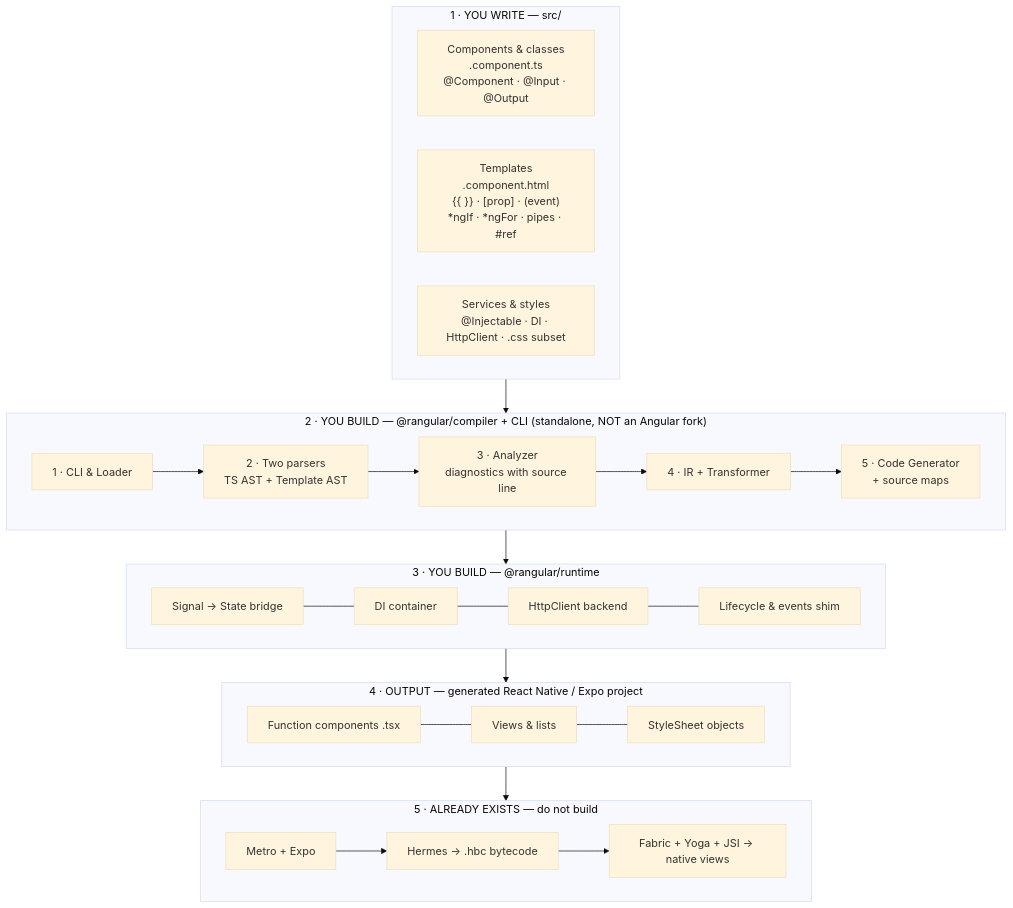
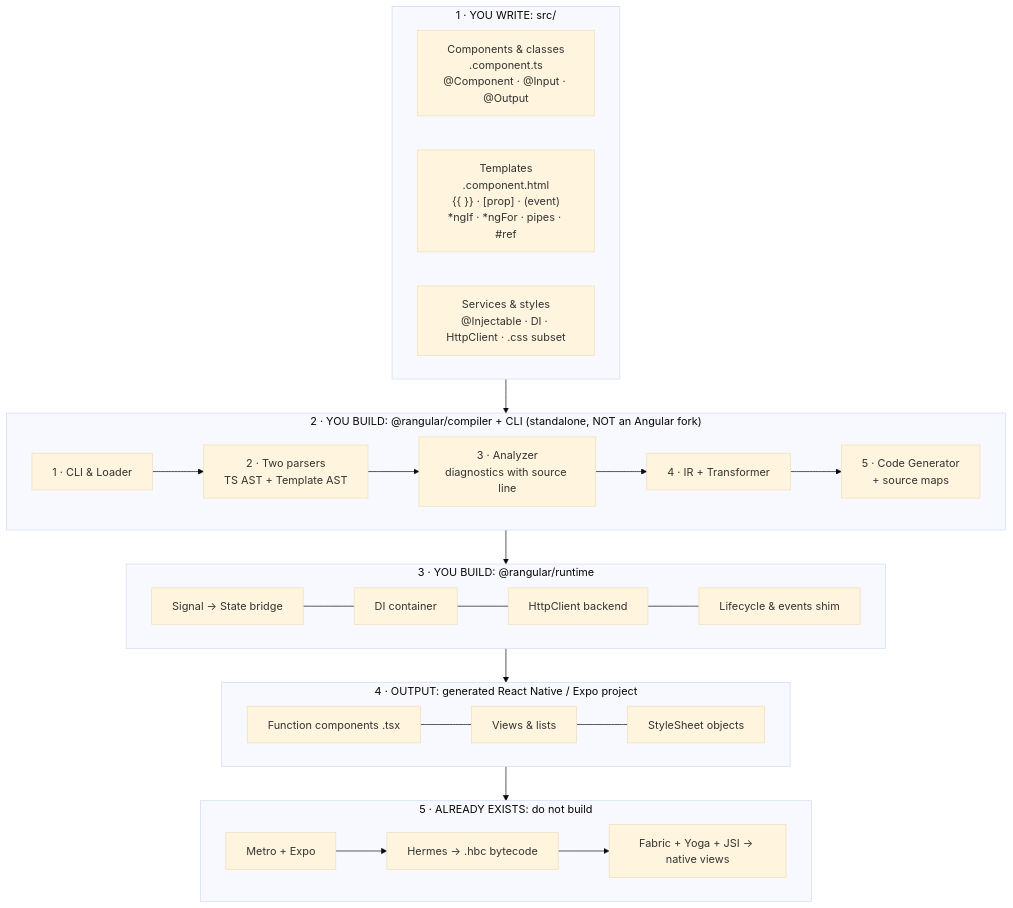
The diagram in README.md (bigyanchap/rangular), drawn with Mermaid (base theme) before and after one commit. The commit also changed other lines of this file and 48 other files, not shown here.

````diff
--- a/README.md
+++ b/README.md
@@ -52,21 +52,21 @@
 ```mermaid
 flowchart TB
-    subgraph L1["1 · YOU WRITE — src/"]
+    subgraph L1["1 · YOU WRITE: src/"]
         A1["Components & classes<br/>.component.ts<br/>@Component · @Input · @Output"]
         A2["Templates<br/>.component.html<br/>{{ }} · [prop] · (event)<br/>*ngIf · *ngFor · pipes · #ref"]
         A3["Services & styles<br/>@Injectable · DI · HttpClient · .css subset"]
     end
-    subgraph L2["2 · YOU BUILD — @rangular/compiler + CLI (standalone, NOT an Angular fork)"]
+    subgraph L2["2 · YOU BUILD: @rangular/compiler + CLI (standalone, NOT an Angular fork)"]
         B1["1 · CLI & Loader"] --> B2["2 · Two parsers<br/>TS AST + Template AST"] --> B3["3 · Analyzer<br/>diagnostics with source line"] --> B4["4 · IR + Transformer"] --> B5["5 · Code Generator<br/>+ source maps"]
     end
-    subgraph L3["3 · YOU BUILD — @rangular/runtime"]
+    subgraph L3["3 · YOU BUILD: @rangular/runtime"]
         C1["Signal → State bridge"] --- C2["DI container"] --- C3["HttpClient backend"] --- C4["Lifecycle & events shim"]
     end
-    subgraph L4["4 · OUTPUT — generated React Native / Expo project"]
+    subgraph L4["4 · OUTPUT: generated React Native / Expo project"]
         D1["Function components .tsx"] --- D2["Views & lists"] --- D3["StyleSheet objects"]
     end
-    subgraph L5["5 · ALREADY EXISTS — do not build"]
+    subgraph L5["5 · ALREADY EXISTS: do not build"]
         E1["Metro + Expo"] --> E2["Hermes → .hbc bytecode"] --> E3["Fabric + Yoga + JSI → native views"]
     end
     L1 --> L2 --> L3 --> L4 --> L5
 ```
````
